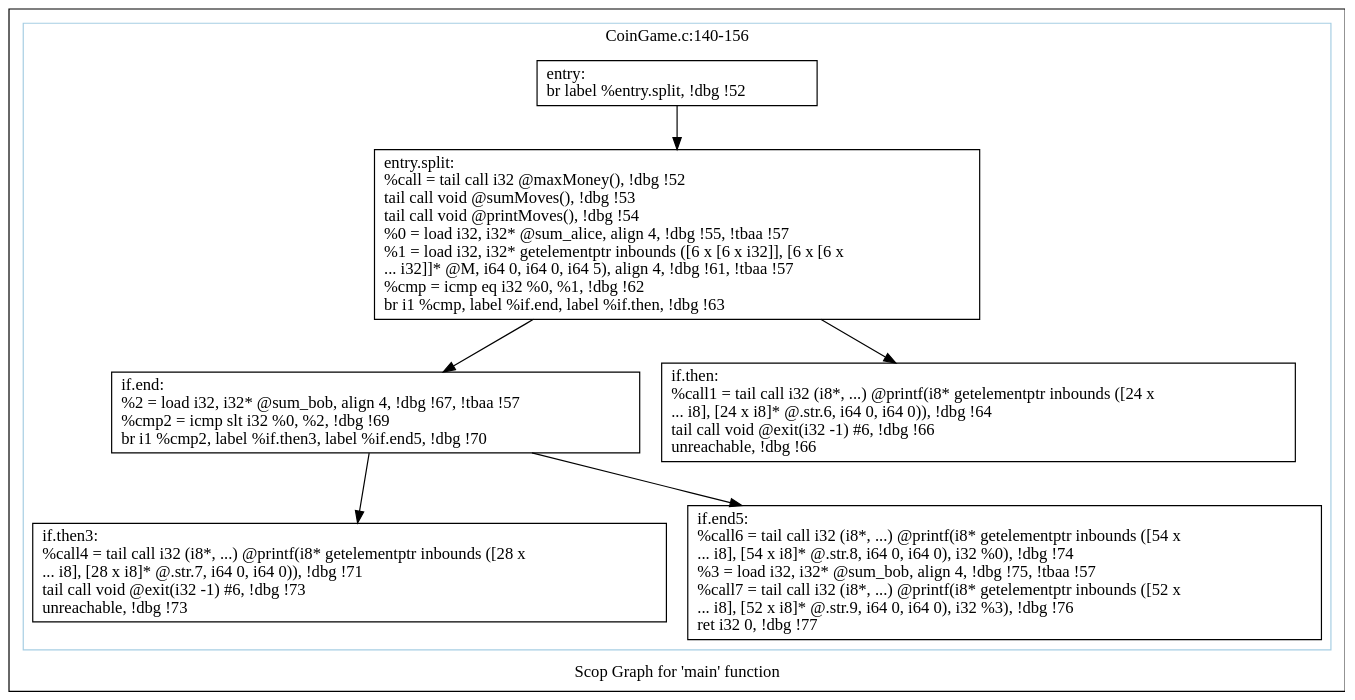
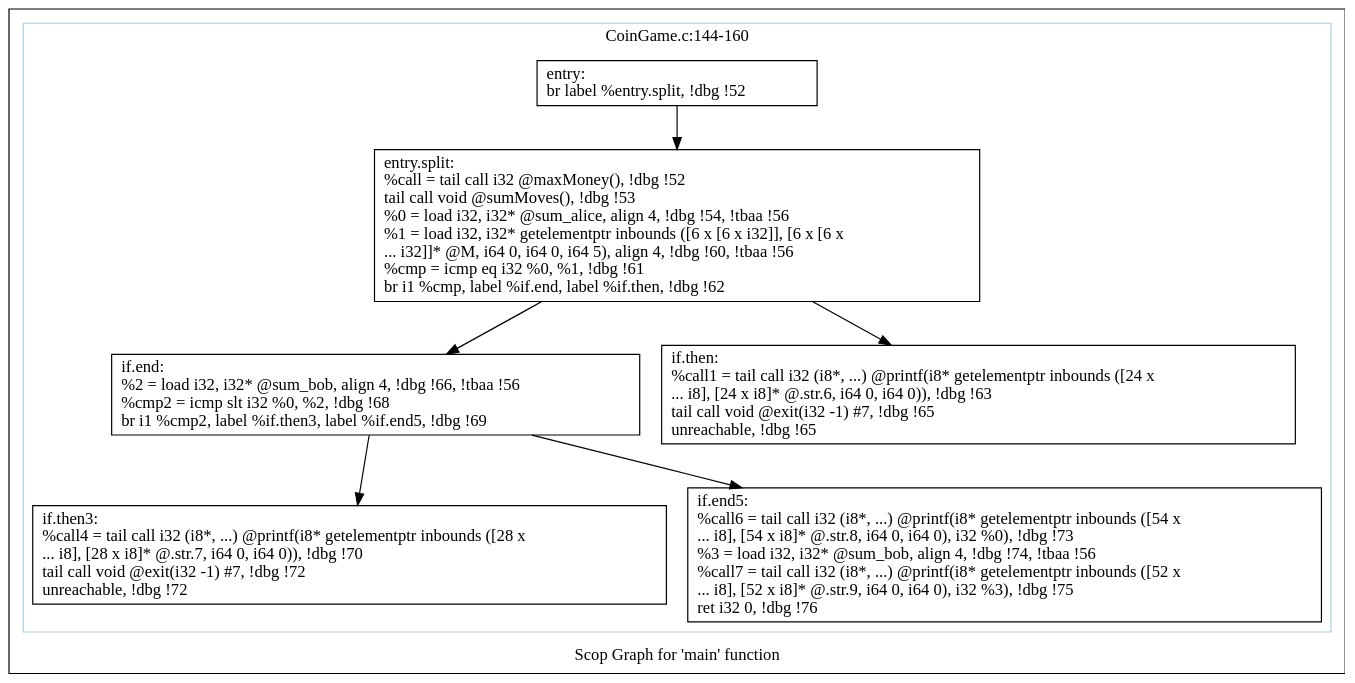
The diagram in polly/CoinGame/impl/handwritten/dot/scops.main.dot (samminweng/WhileyOpenCL), drawn with Graphviz before and after one commit. The commit also changed 24 other files, not shown here.

First line of the commit message:
Split the loops inside 'maxMoney' function

```diff
--- a/polly/CoinGame/impl/handwritten/dot/scops.main.dot
+++ b/polly/CoinGame/impl/handwritten/dot/scops.main.dot
@@ -1,28 +1,28 @@
 digraph "Scop Graph for 'main' function" {
 	label="Scop Graph for 'main' function";
 
-	Node0x93c2540 [shape=record,label="{entry:\l  br label %entry.split, !dbg !52\l}"];
-	Node0x93c2540 -> Node0x93dbc80;
-	Node0x93dbc80 [shape=record,label="{entry.split:                                      \l  %call = tail call i32 @maxMoney(), !dbg !52\l  tail call void @sumMoves(), !dbg !53\l  tail call void @printMoves(), !dbg !54\l  %0 = load i32, i32* @sum_alice, align 4, !dbg !55, !tbaa !57\l  %1 = load i32, i32* getelementptr inbounds ([6 x [6 x i32]], [6 x [6 x\l... i32]]* @M, i64 0, i64 0, i64 5), align 4, !dbg !61, !tbaa !57\l  %cmp = icmp eq i32 %0, %1, !dbg !62\l  br i1 %cmp, label %if.end, label %if.then, !dbg !63\l}"];
-	Node0x93dbc80 -> Node0x93b2770;
-	Node0x93dbc80 -> Node0x93e9dc0;
-	Node0x93b2770 [shape=record,label="{if.end:                                           \l  %2 = load i32, i32* @sum_bob, align 4, !dbg !67, !tbaa !57\l  %cmp2 = icmp slt i32 %0, %2, !dbg !69\l  br i1 %cmp2, label %if.then3, label %if.end5, !dbg !70\l}"];
-	Node0x93b2770 -> Node0x93ebc40;
-	Node0x93b2770 -> Node0x93e6910;
-	Node0x93ebc40 [shape=record,label="{if.then3:                                         \l  %call4 = tail call i32 (i8*, ...) @printf(i8* getelementptr inbounds ([28 x\l... i8], [28 x i8]* @.str.7, i64 0, i64 0)), !dbg !71\l  tail call void @exit(i32 -1) #6, !dbg !73\l  unreachable, !dbg !73\l}"];
-	Node0x93e6910 [shape=record,label="{if.end5:                                          \l  %call6 = tail call i32 (i8*, ...) @printf(i8* getelementptr inbounds ([54 x\l... i8], [54 x i8]* @.str.8, i64 0, i64 0), i32 %0), !dbg !74\l  %3 = load i32, i32* @sum_bob, align 4, !dbg !75, !tbaa !57\l  %call7 = tail call i32 (i8*, ...) @printf(i8* getelementptr inbounds ([52 x\l... i8], [52 x i8]* @.str.9, i64 0, i64 0), i32 %3), !dbg !76\l  ret i32 0, !dbg !77\l}"];
-	Node0x93e9dc0 [shape=record,label="{if.then:                                          \l  %call1 = tail call i32 (i8*, ...) @printf(i8* getelementptr inbounds ([24 x\l... i8], [24 x i8]* @.str.6, i64 0, i64 0)), !dbg !64\l  tail call void @exit(i32 -1) #6, !dbg !66\l  unreachable, !dbg !66\l}"];
+	Node0x9278c60 [shape=record,label="{entry:\l  br label %entry.split, !dbg !52\l}"];
+	Node0x9278c60 -> Node0x918f7d0;
+	Node0x918f7d0 [shape=record,label="{entry.split:                                      \l  %call = tail call i32 @maxMoney(), !dbg !52\l  tail call void @sumMoves(), !dbg !53\l  %0 = load i32, i32* @sum_alice, align 4, !dbg !54, !tbaa !56\l  %1 = load i32, i32* getelementptr inbounds ([6 x [6 x i32]], [6 x [6 x\l... i32]]* @M, i64 0, i64 0, i64 5), align 4, !dbg !60, !tbaa !56\l  %cmp = icmp eq i32 %0, %1, !dbg !61\l  br i1 %cmp, label %if.end, label %if.then, !dbg !62\l}"];
+	Node0x918f7d0 -> Node0x929ba50;
+	Node0x918f7d0 -> Node0x9192030;
+	Node0x929ba50 [shape=record,label="{if.end:                                           \l  %2 = load i32, i32* @sum_bob, align 4, !dbg !66, !tbaa !56\l  %cmp2 = icmp slt i32 %0, %2, !dbg !68\l  br i1 %cmp2, label %if.then3, label %if.end5, !dbg !69\l}"];
+	Node0x929ba50 -> Node0x9185fc0;
+	Node0x929ba50 -> Node0x9183fe0;
+	Node0x9185fc0 [shape=record,label="{if.then3:                                         \l  %call4 = tail call i32 (i8*, ...) @printf(i8* getelementptr inbounds ([28 x\l... i8], [28 x i8]* @.str.7, i64 0, i64 0)), !dbg !70\l  tail call void @exit(i32 -1) #7, !dbg !72\l  unreachable, !dbg !72\l}"];
+	Node0x9183fe0 [shape=record,label="{if.end5:                                          \l  %call6 = tail call i32 (i8*, ...) @printf(i8* getelementptr inbounds ([54 x\l... i8], [54 x i8]* @.str.8, i64 0, i64 0), i32 %0), !dbg !73\l  %3 = load i32, i32* @sum_bob, align 4, !dbg !74, !tbaa !56\l  %call7 = tail call i32 (i8*, ...) @printf(i8* getelementptr inbounds ([52 x\l... i8], [52 x i8]* @.str.9, i64 0, i64 0), i32 %3), !dbg !75\l  ret i32 0, !dbg !76\l}"];
+	Node0x9192030 [shape=record,label="{if.then:                                          \l  %call1 = tail call i32 (i8*, ...) @printf(i8* getelementptr inbounds ([24 x\l... i8], [24 x i8]* @.str.6, i64 0, i64 0)), !dbg !63\l  tail call void @exit(i32 -1) #7, !dbg !65\l  unreachable, !dbg !65\l}"];
 	colorscheme = "paired12"
-        subgraph cluster_0x94bfbb0 {
-          label = "CoinGame.c:140-156
+        subgraph cluster_0x92aa9e0 {
+          label = "CoinGame.c:144-160
 ";
           style = solid;
           color = 1
-          Node0x93c2540;
-          Node0x93dbc80;
-          Node0x93b2770;
-          Node0x93ebc40;
-          Node0x93e6910;
-          Node0x93e9dc0;
+          Node0x9278c60;
+          Node0x918f7d0;
+          Node0x929ba50;
+          Node0x9185fc0;
+          Node0x9183fe0;
+          Node0x9192030;
         }
 }
```
